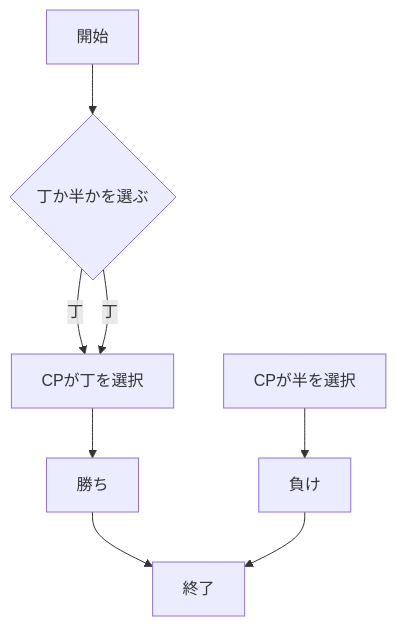
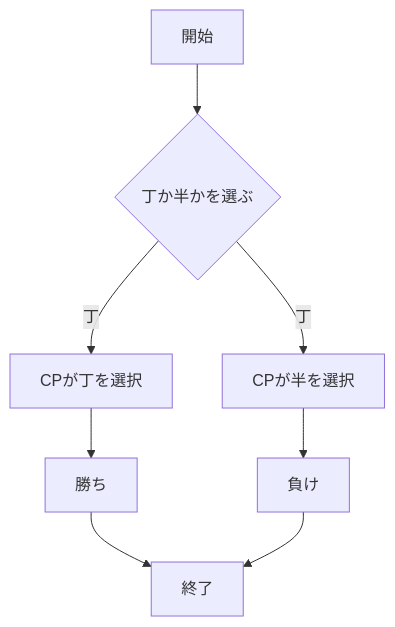
One commit to km919/webpro_06 changed the eighth of 8 diagrams in README.md. Above: the diagram before and after it, drawn with Mermaid.

Commit message:
11/18の13:29に編集済

````diff
--- a/README.md
+++ b/README.md
@@ -303,11 +303,11 @@
 ```mermaid
 flowchart TD;
 start["開始"];
 end1["終了"]
 if{"丁か半かを選ぶ"}
 start --> if
 if --> |丁|　CPが丁を選択
 CPが丁を選択 --> 勝ち --> end1
-if --> |丁|　CPが丁を選択
+if --> |丁|　CPが半を選択
 CPが半を選択 --> 負け --> end1
 ```
````
